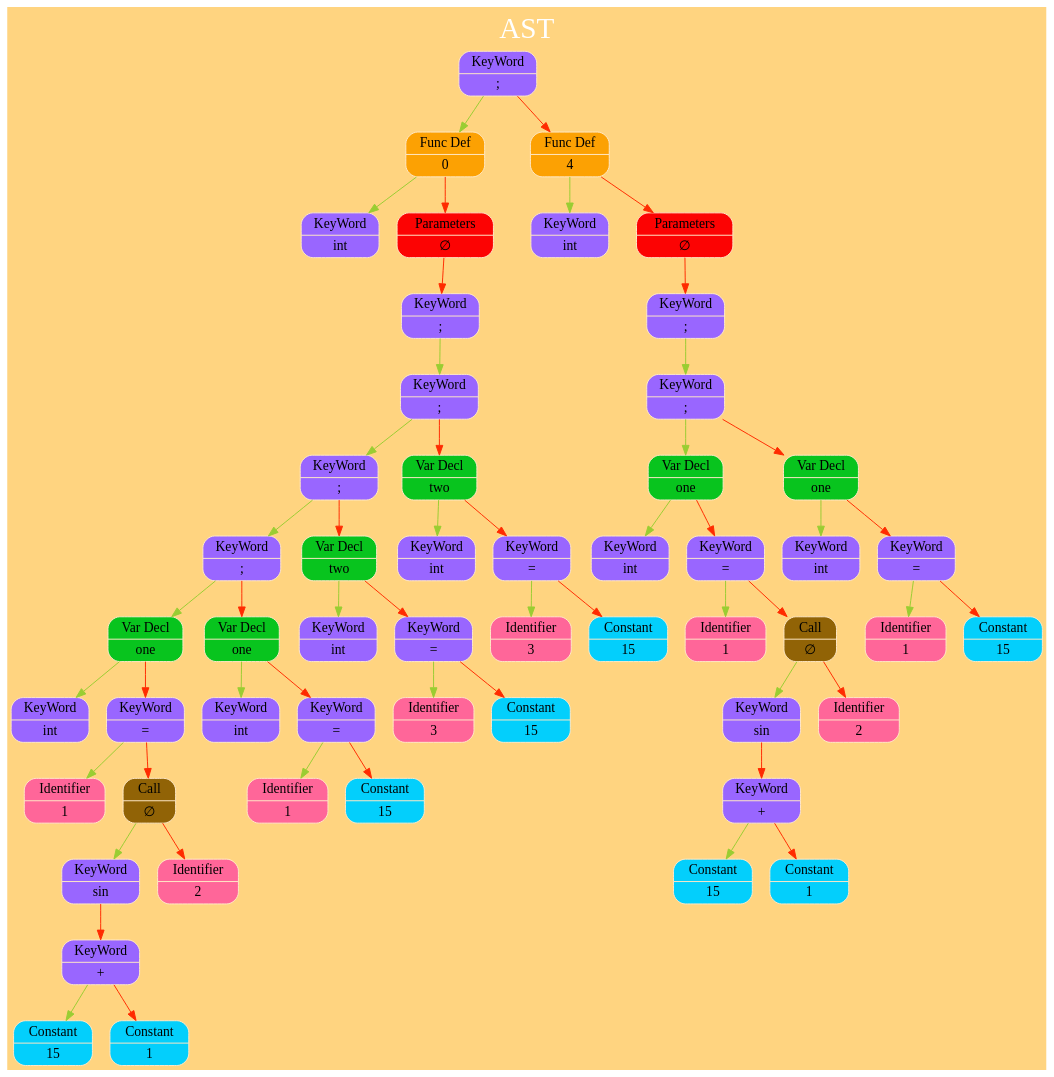
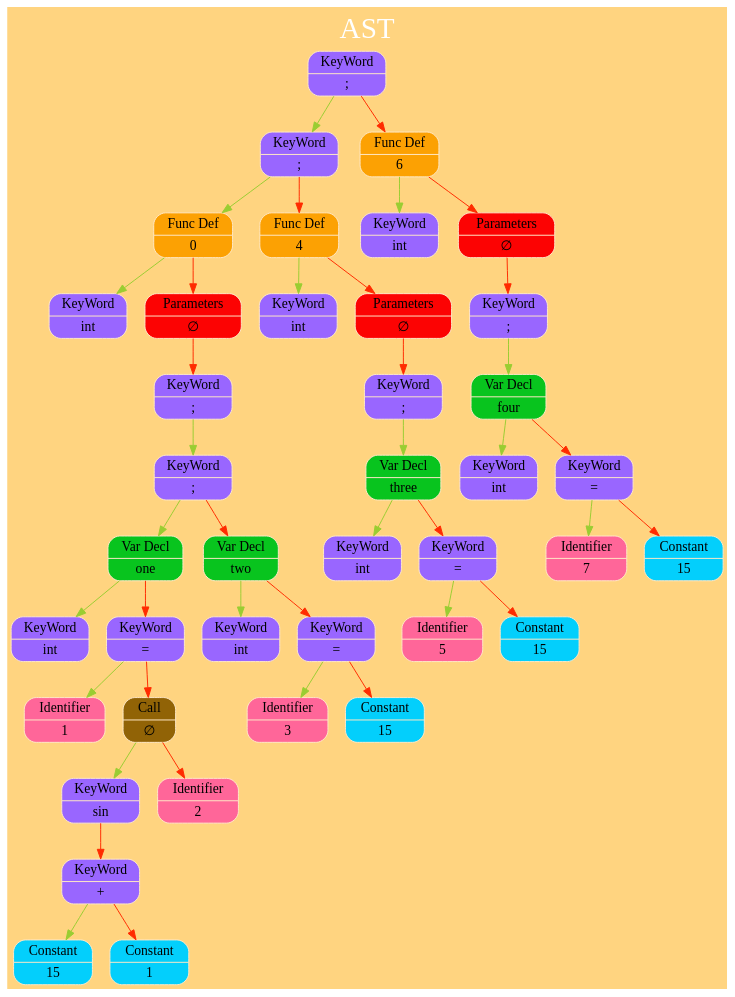
The diagram in Tree/dump/TreeGraph.dot (kand1bober/OOSD-Language), drawn with Graphviz before and after one commit. The commit also changed 9 other files, not shown here.

```diff
--- a/Tree/dump/TreeGraph.dot
+++ b/Tree/dump/TreeGraph.dot
@@ -8,57 +8,44 @@
 fontcolor="#FFFFFF"
 
 rankdir=TB;size="200,300";bgcolor="#ffd480";
- node_0x504000001150 [shape=record,style="rounded,filled",fillcolor="#9966FF",color="#FFE9C7",label=" { { KeyWord } | { &#x3B; } } " ]; node_0x504000001150 -> node_0x504000000990 [color = "#9ACD32", arrowsize = 1] ;
- node_0x504000000990 [shape=record,style="rounded,filled",fillcolor="#fca103",color="#FFE9C7",label=" { { Func Def } | { 0 } } " ]; node_0x504000000990 -> node_0x504000000950 [color = "#9ACD32", arrowsize = 1] ;
- node_0x504000000950 [shape=record,style="rounded,filled",fillcolor="#9966FF",color="#FFE9C7",label=" { { KeyWord } | { int } } " ]; node_0x504000000990 -> node_0x5040000009d0 [color = "#FF2B00", arrowsize = 1] ;
- node_0x5040000009d0 [shape=record,style="rounded,filled",fillcolor="#fc0303",color="#FFE9C7",label=" { { Parameters } | { &#8709; } } " ]; node_0x5040000009d0 -> node_0x504000000a10 [color = "#FF2B00", arrowsize = 1] ;
- node_0x504000000a10 [shape=record,style="rounded,filled",fillcolor="#9966FF",color="#FFE9C7",label=" { { KeyWord } | { &#x3B; } } " ]; node_0x504000000a10 -> node_0x504000000fd0 [color = "#9ACD32", arrowsize = 1] ;
- node_0x504000000fd0 [shape=record,style="rounded,filled",fillcolor="#9966FF",color="#FFE9C7",label=" { { KeyWord } | { &#x3B; } } " ]; node_0x504000000fd0 -> node_0x504000000e50 [color = "#9ACD32", arrowsize = 1] ;
- node_0x504000000e50 [shape=record,style="rounded,filled",fillcolor="#9966FF",color="#FFE9C7",label=" { { KeyWord } | { &#x3B; } } " ]; node_0x504000000e50 -> node_0x504000000cd0 [color = "#9ACD32", arrowsize = 1] ;
- node_0x504000000cd0 [shape=record,style="rounded,filled",fillcolor="#9966FF",color="#FFE9C7",label=" { { KeyWord } | { &#x3B; } } " ]; node_0x504000000cd0 -> node_0x504000000ad0 [color = "#9ACD32", arrowsize = 1] ;
- node_0x504000000ad0 [shape=record,style="rounded,filled",fillcolor="#08c41e",color="#FFE9C7",label=" { { Var Decl } | { one } } " ]; node_0x504000000ad0 -> node_0x504000000a50 [color = "#9ACD32", arrowsize = 1] ;
- node_0x504000000a50 [shape=record,style="rounded,filled",fillcolor="#9966FF",color="#FFE9C7",label=" { { KeyWord } | { int } } " ]; node_0x504000000ad0 -> node_0x504000000b10 [color = "#FF2B00", arrowsize = 1] ;
- node_0x504000000b10 [shape=record,style="rounded,filled",fillcolor="#9966FF",color="#FFE9C7",label=" { { KeyWord } | { &#x3D; } } " ]; node_0x504000000b10 -> node_0x504000000a90 [color = "#9ACD32", arrowsize = 1] ;
- node_0x504000000a90 [shape=record,style="rounded,filled",fillcolor="#ff6699",color="#FFE9C7",label=" { { Identifier } | { 1 } } " ]; node_0x504000000b10 -> node_0x504000000b90 [color = "#FF2B00", arrowsize = 1] ;
- node_0x504000000b90 [shape=record,style="rounded,filled",fillcolor="#916306",color="#FFE9C7",label=" { { Call } | { &#8709; } } " ]; node_0x504000000b90 -> node_0x504000000bd0 [color = "#9ACD32", arrowsize = 1] ;
- node_0x504000000bd0 [shape=record,style="rounded,filled",fillcolor="#9966FF",color="#FFE9C7",label=" { { KeyWord } | { sin } } " ]; node_0x504000000bd0 -> node_0x504000000c50 [color = "#FF2B00", arrowsize = 1] ;
- node_0x504000000c50 [shape=record,style="rounded,filled",fillcolor="#9966FF",color="#FFE9C7",label=" { { KeyWord } | { &#x2B; } } " ]; node_0x504000000c50 -> node_0x504000000c10 [color = "#9ACD32", arrowsize = 1] ;
- node_0x504000000c10 [shape=record,style="rounded,filled",fillcolor="#03cffc",color="#FFE9C7",label=" { { Constant } | { 15 } } " ]; node_0x504000000c50 -> node_0x504000000c90 [color = "#FF2B00", arrowsize = 1] ;
- node_0x504000000c90 [shape=record,style="rounded,filled",fillcolor="#03cffc",color="#FFE9C7",label=" { { Constant } | { 1 } } " ]; node_0x504000000b90 -> node_0x504000000b50 [color = "#FF2B00", arrowsize = 1] ;
- node_0x504000000b50 [shape=record,style="rounded,filled",fillcolor="#ff6699",color="#FFE9C7",label=" { { Identifier } | { 2 } } " ]; node_0x504000000cd0 -> node_0x504000000d90 [color = "#FF2B00", arrowsize = 1] ;
- node_0x504000000d90 [shape=record,style="rounded,filled",fillcolor="#08c41e",color="#FFE9C7",label=" { { Var Decl } | { one } } " ]; node_0x504000000d90 -> node_0x504000000d10 [color = "#9ACD32", arrowsize = 1] ;
- node_0x504000000d10 [shape=record,style="rounded,filled",fillcolor="#9966FF",color="#FFE9C7",label=" { { KeyWord } | { int } } " ]; node_0x504000000d90 -> node_0x504000000dd0 [color = "#FF2B00", arrowsize = 1] ;
- node_0x504000000dd0 [shape=record,style="rounded,filled",fillcolor="#9966FF",color="#FFE9C7",label=" { { KeyWord } | { &#x3D; } } " ]; node_0x504000000dd0 -> node_0x504000000d50 [color = "#9ACD32", arrowsize = 1] ;
- node_0x504000000d50 [shape=record,style="rounded,filled",fillcolor="#ff6699",color="#FFE9C7",label=" { { Identifier } | { 1 } } " ]; node_0x504000000dd0 -> node_0x504000000e10 [color = "#FF2B00", arrowsize = 1] ;
- node_0x504000000e10 [shape=record,style="rounded,filled",fillcolor="#03cffc",color="#FFE9C7",label=" { { Constant } | { 15 } } " ]; node_0x504000000e50 -> node_0x504000000f10 [color = "#FF2B00", arrowsize = 1] ;
- node_0x504000000f10 [shape=record,style="rounded,filled",fillcolor="#08c41e",color="#FFE9C7",label=" { { Var Decl } | { two } } " ]; node_0x504000000f10 -> node_0x504000000e90 [color = "#9ACD32", arrowsize = 1] ;
- node_0x504000000e90 [shape=record,style="rounded,filled",fillcolor="#9966FF",color="#FFE9C7",label=" { { KeyWord } | { int } } " ]; node_0x504000000f10 -> node_0x504000000f50 [color = "#FF2B00", arrowsize = 1] ;
- node_0x504000000f50 [shape=record,style="rounded,filled",fillcolor="#9966FF",color="#FFE9C7",label=" { { KeyWord } | { &#x3D; } } " ]; node_0x504000000f50 -> node_0x504000000ed0 [color = "#9ACD32", arrowsize = 1] ;
- node_0x504000000ed0 [shape=record,style="rounded,filled",fillcolor="#ff6699",color="#FFE9C7",label=" { { Identifier } | { 3 } } " ]; node_0x504000000f50 -> node_0x504000000f90 [color = "#FF2B00", arrowsize = 1] ;
- node_0x504000000f90 [shape=record,style="rounded,filled",fillcolor="#03cffc",color="#FFE9C7",label=" { { Constant } | { 15 } } " ]; node_0x504000000fd0 -> node_0x504000001090 [color = "#FF2B00", arrowsize = 1] ;
- node_0x504000001090 [shape=record,style="rounded,filled",fillcolor="#08c41e",color="#FFE9C7",label=" { { Var Decl } | { two } } " ]; node_0x504000001090 -> node_0x504000001010 [color = "#9ACD32", arrowsize = 1] ;
- node_0x504000001010 [shape=record,style="rounded,filled",fillcolor="#9966FF",color="#FFE9C7",label=" { { KeyWord } | { int } } " ]; node_0x504000001090 -> node_0x5040000010d0 [color = "#FF2B00", arrowsize = 1] ;
- node_0x5040000010d0 [shape=record,style="rounded,filled",fillcolor="#9966FF",color="#FFE9C7",label=" { { KeyWord } | { &#x3D; } } " ]; node_0x5040000010d0 -> node_0x504000001050 [color = "#9ACD32", arrowsize = 1] ;
- node_0x504000001050 [shape=record,style="rounded,filled",fillcolor="#ff6699",color="#FFE9C7",label=" { { Identifier } | { 3 } } " ]; node_0x5040000010d0 -> node_0x504000001110 [color = "#FF2B00", arrowsize = 1] ;
- node_0x504000001110 [shape=record,style="rounded,filled",fillcolor="#03cffc",color="#FFE9C7",label=" { { Constant } | { 15 } } " ]; node_0x504000001150 -> node_0x5040000011d0 [color = "#FF2B00", arrowsize = 1] ;
- node_0x5040000011d0 [shape=record,style="rounded,filled",fillcolor="#fca103",color="#FFE9C7",label=" { { Func Def } | { 4 } } " ]; node_0x5040000011d0 -> node_0x504000001190 [color = "#9ACD32", arrowsize = 1] ;
- node_0x504000001190 [shape=record,style="rounded,filled",fillcolor="#9966FF",color="#FFE9C7",label=" { { KeyWord } | { int } } " ]; node_0x5040000011d0 -> node_0x504000001210 [color = "#FF2B00", arrowsize = 1] ;
- node_0x504000001210 [shape=record,style="rounded,filled",fillcolor="#fc0303",color="#FFE9C7",label=" { { Parameters } | { &#8709; } } " ]; node_0x504000001210 -> node_0x504000001250 [color = "#FF2B00", arrowsize = 1] ;
- node_0x504000001250 [shape=record,style="rounded,filled",fillcolor="#9966FF",color="#FFE9C7",label=" { { KeyWord } | { &#x3B; } } " ]; node_0x504000001250 -> node_0x504000001510 [color = "#9ACD32", arrowsize = 1] ;
- node_0x504000001510 [shape=record,style="rounded,filled",fillcolor="#9966FF",color="#FFE9C7",label=" { { KeyWord } | { &#x3B; } } " ]; node_0x504000001510 -> node_0x504000001310 [color = "#9ACD32", arrowsize = 1] ;
- node_0x504000001310 [shape=record,style="rounded,filled",fillcolor="#08c41e",color="#FFE9C7",label=" { { Var Decl } | { one } } " ]; node_0x504000001310 -> node_0x504000001290 [color = "#9ACD32", arrowsize = 1] ;
- node_0x504000001290 [shape=record,style="rounded,filled",fillcolor="#9966FF",color="#FFE9C7",label=" { { KeyWord } | { int } } " ]; node_0x504000001310 -> node_0x504000001350 [color = "#FF2B00", arrowsize = 1] ;
- node_0x504000001350 [shape=record,style="rounded,filled",fillcolor="#9966FF",color="#FFE9C7",label=" { { KeyWord } | { &#x3D; } } " ]; node_0x504000001350 -> node_0x5040000012d0 [color = "#9ACD32", arrowsize = 1] ;
- node_0x5040000012d0 [shape=record,style="rounded,filled",fillcolor="#ff6699",color="#FFE9C7",label=" { { Identifier } | { 1 } } " ]; node_0x504000001350 -> node_0x5040000013d0 [color = "#FF2B00", arrowsize = 1] ;
- node_0x5040000013d0 [shape=record,style="rounded,filled",fillcolor="#916306",color="#FFE9C7",label=" { { Call } | { &#8709; } } " ]; node_0x5040000013d0 -> node_0x504000001410 [color = "#9ACD32", arrowsize = 1] ;
- node_0x504000001410 [shape=record,style="rounded,filled",fillcolor="#9966FF",color="#FFE9C7",label=" { { KeyWord } | { sin } } " ]; node_0x504000001410 -> node_0x504000001490 [color = "#FF2B00", arrowsize = 1] ;
- node_0x504000001490 [shape=record,style="rounded,filled",fillcolor="#9966FF",color="#FFE9C7",label=" { { KeyWord } | { &#x2B; } } " ]; node_0x504000001490 -> node_0x504000001450 [color = "#9ACD32", arrowsize = 1] ;
- node_0x504000001450 [shape=record,style="rounded,filled",fillcolor="#03cffc",color="#FFE9C7",label=" { { Constant } | { 15 } } " ]; node_0x504000001490 -> node_0x5040000014d0 [color = "#FF2B00", arrowsize = 1] ;
- node_0x5040000014d0 [shape=record,style="rounded,filled",fillcolor="#03cffc",color="#FFE9C7",label=" { { Constant } | { 1 } } " ]; node_0x5040000013d0 -> node_0x504000001390 [color = "#FF2B00", arrowsize = 1] ;
- node_0x504000001390 [shape=record,style="rounded,filled",fillcolor="#ff6699",color="#FFE9C7",label=" { { Identifier } | { 2 } } " ]; node_0x504000001510 -> node_0x5040000015d0 [color = "#FF2B00", arrowsize = 1] ;
- node_0x5040000015d0 [shape=record,style="rounded,filled",fillcolor="#08c41e",color="#FFE9C7",label=" { { Var Decl } | { one } } " ]; node_0x5040000015d0 -> node_0x504000001550 [color = "#9ACD32", arrowsize = 1] ;
- node_0x504000001550 [shape=record,style="rounded,filled",fillcolor="#9966FF",color="#FFE9C7",label=" { { KeyWord } | { int } } " ]; node_0x5040000015d0 -> node_0x504000001610 [color = "#FF2B00", arrowsize = 1] ;
- node_0x504000001610 [shape=record,style="rounded,filled",fillcolor="#9966FF",color="#FFE9C7",label=" { { KeyWord } | { &#x3D; } } " ]; node_0x504000001610 -> node_0x504000001590 [color = "#9ACD32", arrowsize = 1] ;
- node_0x504000001590 [shape=record,style="rounded,filled",fillcolor="#ff6699",color="#FFE9C7",label=" { { Identifier } | { 1 } } " ]; node_0x504000001610 -> node_0x504000001650 [color = "#FF2B00", arrowsize = 1] ;
- node_0x504000001650 [shape=record,style="rounded,filled",fillcolor="#03cffc",color="#FFE9C7",label=" { { Constant } | { 15 } } " ]; 
+ node_0x504000000f10 [shape=record,style="rounded,filled",fillcolor="#9966FF",color="#FFE9C7",label=" { { KeyWord } | { &#x3B; } } " ]; node_0x504000000f10 -> node_0x504000000c90 [color = "#9ACD32", arrowsize = 1] ;
+ node_0x504000000c90 [shape=record,style="rounded,filled",fillcolor="#9966FF",color="#FFE9C7",label=" { { KeyWord } | { &#x3B; } } " ]; node_0x504000000c90 -> node_0x5040000007d0 [color = "#9ACD32", arrowsize = 1] ;
+ node_0x5040000007d0 [shape=record,style="rounded,filled",fillcolor="#fca103",color="#FFE9C7",label=" { { Func Def } | { 0 } } " ]; node_0x5040000007d0 -> node_0x504000000790 [color = "#9ACD32", arrowsize = 1] ;
+ node_0x504000000790 [shape=record,style="rounded,filled",fillcolor="#9966FF",color="#FFE9C7",label=" { { KeyWord } | { int } } " ]; node_0x5040000007d0 -> node_0x504000000810 [color = "#FF2B00", arrowsize = 1] ;
+ node_0x504000000810 [shape=record,style="rounded,filled",fillcolor="#fc0303",color="#FFE9C7",label=" { { Parameters } | { &#8709; } } " ]; node_0x504000000810 -> node_0x504000000850 [color = "#FF2B00", arrowsize = 1] ;
+ node_0x504000000850 [shape=record,style="rounded,filled",fillcolor="#9966FF",color="#FFE9C7",label=" { { KeyWord } | { &#x3B; } } " ]; node_0x504000000850 -> node_0x504000000b10 [color = "#9ACD32", arrowsize = 1] ;
+ node_0x504000000b10 [shape=record,style="rounded,filled",fillcolor="#9966FF",color="#FFE9C7",label=" { { KeyWord } | { &#x3B; } } " ]; node_0x504000000b10 -> node_0x504000000910 [color = "#9ACD32", arrowsize = 1] ;
+ node_0x504000000910 [shape=record,style="rounded,filled",fillcolor="#08c41e",color="#FFE9C7",label=" { { Var Decl } | { one } } " ]; node_0x504000000910 -> node_0x504000000890 [color = "#9ACD32", arrowsize = 1] ;
+ node_0x504000000890 [shape=record,style="rounded,filled",fillcolor="#9966FF",color="#FFE9C7",label=" { { KeyWord } | { int } } " ]; node_0x504000000910 -> node_0x504000000950 [color = "#FF2B00", arrowsize = 1] ;
+ node_0x504000000950 [shape=record,style="rounded,filled",fillcolor="#9966FF",color="#FFE9C7",label=" { { KeyWord } | { &#x3D; } } " ]; node_0x504000000950 -> node_0x5040000008d0 [color = "#9ACD32", arrowsize = 1] ;
+ node_0x5040000008d0 [shape=record,style="rounded,filled",fillcolor="#ff6699",color="#FFE9C7",label=" { { Identifier } | { 1 } } " ]; node_0x504000000950 -> node_0x5040000009d0 [color = "#FF2B00", arrowsize = 1] ;
+ node_0x5040000009d0 [shape=record,style="rounded,filled",fillcolor="#916306",color="#FFE9C7",label=" { { Call } | { &#8709; } } " ]; node_0x5040000009d0 -> node_0x504000000a10 [color = "#9ACD32", arrowsize = 1] ;
+ node_0x504000000a10 [shape=record,style="rounded,filled",fillcolor="#9966FF",color="#FFE9C7",label=" { { KeyWord } | { sin } } " ]; node_0x504000000a10 -> node_0x504000000a90 [color = "#FF2B00", arrowsize = 1] ;
+ node_0x504000000a90 [shape=record,style="rounded,filled",fillcolor="#9966FF",color="#FFE9C7",label=" { { KeyWord } | { &#x2B; } } " ]; node_0x504000000a90 -> node_0x504000000a50 [color = "#9ACD32", arrowsize = 1] ;
+ node_0x504000000a50 [shape=record,style="rounded,filled",fillcolor="#03cffc",color="#FFE9C7",label=" { { Constant } | { 15 } } " ]; node_0x504000000a90 -> node_0x504000000ad0 [color = "#FF2B00", arrowsize = 1] ;
+ node_0x504000000ad0 [shape=record,style="rounded,filled",fillcolor="#03cffc",color="#FFE9C7",label=" { { Constant } | { 1 } } " ]; node_0x5040000009d0 -> node_0x504000000990 [color = "#FF2B00", arrowsize = 1] ;
+ node_0x504000000990 [shape=record,style="rounded,filled",fillcolor="#ff6699",color="#FFE9C7",label=" { { Identifier } | { 2 } } " ]; node_0x504000000b10 -> node_0x504000000bd0 [color = "#FF2B00", arrowsize = 1] ;
+ node_0x504000000bd0 [shape=record,style="rounded,filled",fillcolor="#08c41e",color="#FFE9C7",label=" { { Var Decl } | { two } } " ]; node_0x504000000bd0 -> node_0x504000000b50 [color = "#9ACD32", arrowsize = 1] ;
+ node_0x504000000b50 [shape=record,style="rounded,filled",fillcolor="#9966FF",color="#FFE9C7",label=" { { KeyWord } | { int } } " ]; node_0x504000000bd0 -> node_0x504000000c10 [color = "#FF2B00", arrowsize = 1] ;
+ node_0x504000000c10 [shape=record,style="rounded,filled",fillcolor="#9966FF",color="#FFE9C7",label=" { { KeyWord } | { &#x3D; } } " ]; node_0x504000000c10 -> node_0x504000000b90 [color = "#9ACD32", arrowsize = 1] ;
+ node_0x504000000b90 [shape=record,style="rounded,filled",fillcolor="#ff6699",color="#FFE9C7",label=" { { Identifier } | { 3 } } " ]; node_0x504000000c10 -> node_0x504000000c50 [color = "#FF2B00", arrowsize = 1] ;
+ node_0x504000000c50 [shape=record,style="rounded,filled",fillcolor="#03cffc",color="#FFE9C7",label=" { { Constant } | { 15 } } " ]; node_0x504000000c90 -> node_0x504000000d10 [color = "#FF2B00", arrowsize = 1] ;
+ node_0x504000000d10 [shape=record,style="rounded,filled",fillcolor="#fca103",color="#FFE9C7",label=" { { Func Def } | { 4 } } " ]; node_0x504000000d10 -> node_0x504000000cd0 [color = "#9ACD32", arrowsize = 1] ;
+ node_0x504000000cd0 [shape=record,style="rounded,filled",fillcolor="#9966FF",color="#FFE9C7",label=" { { KeyWord } | { int } } " ]; node_0x504000000d10 -> node_0x504000000d50 [color = "#FF2B00", arrowsize = 1] ;
+ node_0x504000000d50 [shape=record,style="rounded,filled",fillcolor="#fc0303",color="#FFE9C7",label=" { { Parameters } | { &#8709; } } " ]; node_0x504000000d50 -> node_0x504000000d90 [color = "#FF2B00", arrowsize = 1] ;
+ node_0x504000000d90 [shape=record,style="rounded,filled",fillcolor="#9966FF",color="#FFE9C7",label=" { { KeyWord } | { &#x3B; } } " ]; node_0x504000000d90 -> node_0x504000000e50 [color = "#9ACD32", arrowsize = 1] ;
+ node_0x504000000e50 [shape=record,style="rounded,filled",fillcolor="#08c41e",color="#FFE9C7",label=" { { Var Decl } | { three } } " ]; node_0x504000000e50 -> node_0x504000000dd0 [color = "#9ACD32", arrowsize = 1] ;
+ node_0x504000000dd0 [shape=record,style="rounded,filled",fillcolor="#9966FF",color="#FFE9C7",label=" { { KeyWord } | { int } } " ]; node_0x504000000e50 -> node_0x504000000e90 [color = "#FF2B00", arrowsize = 1] ;
+ node_0x504000000e90 [shape=record,style="rounded,filled",fillcolor="#9966FF",color="#FFE9C7",label=" { { KeyWord } | { &#x3D; } } " ]; node_0x504000000e90 -> node_0x504000000e10 [color = "#9ACD32", arrowsize = 1] ;
+ node_0x504000000e10 [shape=record,style="rounded,filled",fillcolor="#ff6699",color="#FFE9C7",label=" { { Identifier } | { 5 } } " ]; node_0x504000000e90 -> node_0x504000000ed0 [color = "#FF2B00", arrowsize = 1] ;
+ node_0x504000000ed0 [shape=record,style="rounded,filled",fillcolor="#03cffc",color="#FFE9C7",label=" { { Constant } | { 15 } } " ]; node_0x504000000f10 -> node_0x504000000f90 [color = "#FF2B00", arrowsize = 1] ;
+ node_0x504000000f90 [shape=record,style="rounded,filled",fillcolor="#fca103",color="#FFE9C7",label=" { { Func Def } | { 6 } } " ]; node_0x504000000f90 -> node_0x504000000f50 [color = "#9ACD32", arrowsize = 1] ;
+ node_0x504000000f50 [shape=record,style="rounded,filled",fillcolor="#9966FF",color="#FFE9C7",label=" { { KeyWord } | { int } } " ]; node_0x504000000f90 -> node_0x504000000fd0 [color = "#FF2B00", arrowsize = 1] ;
+ node_0x504000000fd0 [shape=record,style="rounded,filled",fillcolor="#fc0303",color="#FFE9C7",label=" { { Parameters } | { &#8709; } } " ]; node_0x504000000fd0 -> node_0x504000001010 [color = "#FF2B00", arrowsize = 1] ;
+ node_0x504000001010 [shape=record,style="rounded,filled",fillcolor="#9966FF",color="#FFE9C7",label=" { { KeyWord } | { &#x3B; } } " ]; node_0x504000001010 -> node_0x5040000010d0 [color = "#9ACD32", arrowsize = 1] ;
+ node_0x5040000010d0 [shape=record,style="rounded,filled",fillcolor="#08c41e",color="#FFE9C7",label=" { { Var Decl } | { four } } " ]; node_0x5040000010d0 -> node_0x504000001050 [color = "#9ACD32", arrowsize = 1] ;
+ node_0x504000001050 [shape=record,style="rounded,filled",fillcolor="#9966FF",color="#FFE9C7",label=" { { KeyWord } | { int } } " ]; node_0x5040000010d0 -> node_0x504000001110 [color = "#FF2B00", arrowsize = 1] ;
+ node_0x504000001110 [shape=record,style="rounded,filled",fillcolor="#9966FF",color="#FFE9C7",label=" { { KeyWord } | { &#x3D; } } " ]; node_0x504000001110 -> node_0x504000001090 [color = "#9ACD32", arrowsize = 1] ;
+ node_0x504000001090 [shape=record,style="rounded,filled",fillcolor="#ff6699",color="#FFE9C7",label=" { { Identifier } | { 7 } } " ]; node_0x504000001110 -> node_0x504000001150 [color = "#FF2B00", arrowsize = 1] ;
+ node_0x504000001150 [shape=record,style="rounded,filled",fillcolor="#03cffc",color="#FFE9C7",label=" { { Constant } | { 15 } } " ]; 
 }
```
